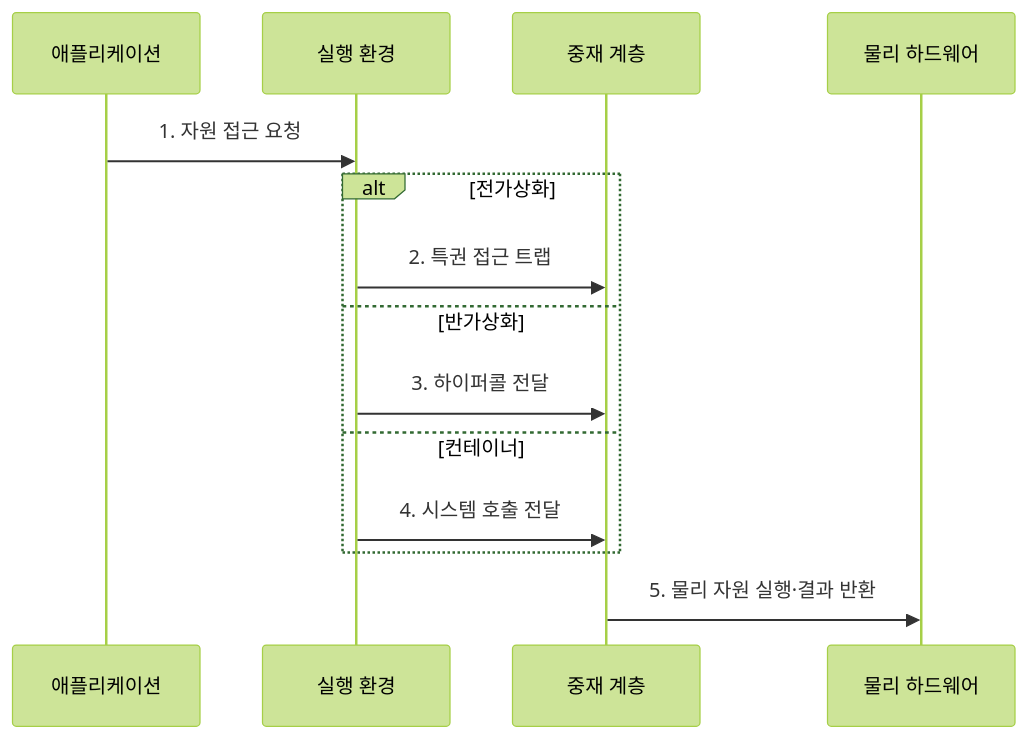
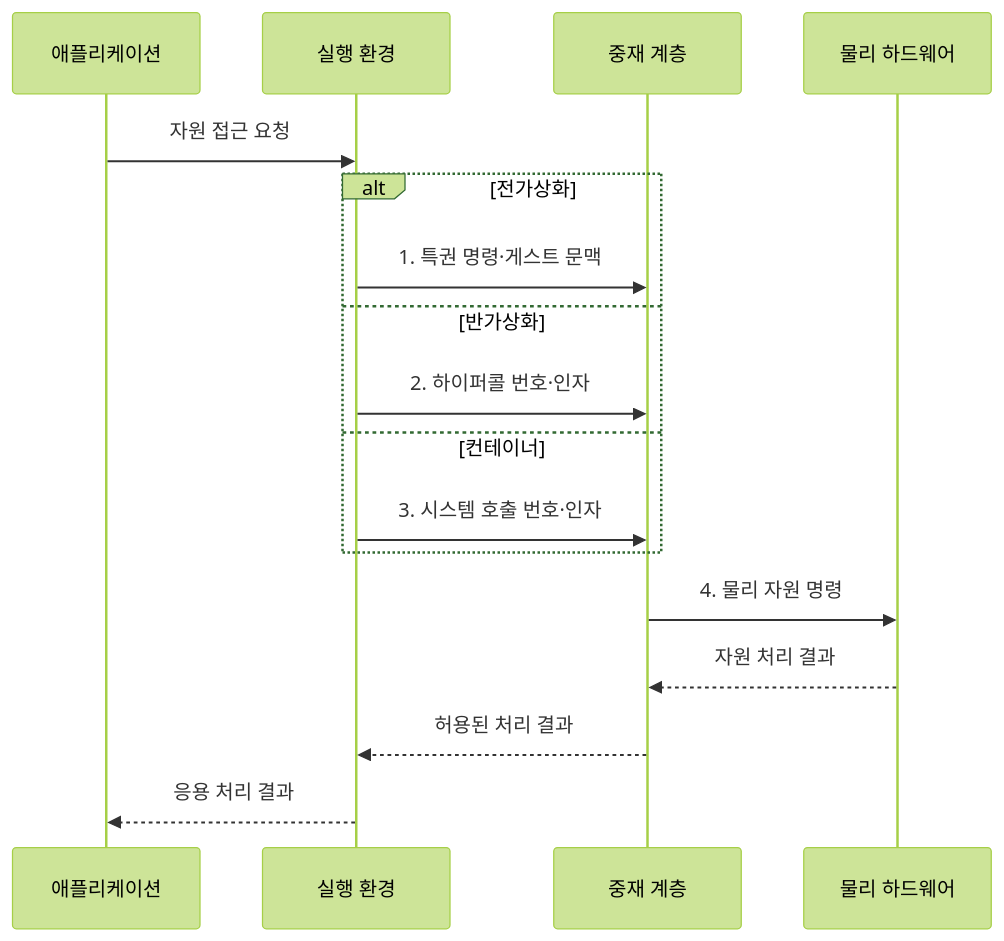
One commit to agnusdei1207/knowledge-base changed the second of 2 diagrams in src/content/docs/notes/03-software/019_full_para_container_virtualization.md. Above: the diagram before and after it, drawn with Mermaid (forest theme). The commit also changed other lines of this file and 20 other files, not shown here.

````diff
--- a/src/content/docs/notes/03-software/019_full_para_container_virtualization.md
+++ b/src/content/docs/notes/03-software/019_full_para_container_virtualization.md
@@ -89,16 +97,19 @@
 ```mermaid
 sequenceDiagram
     participant A as 애플리케이션
     participant E as 실행 환경
     participant R as 중재 계층
     participant H as 물리 하드웨어
-    A->>E: 1. 자원 접근 요청
+    A->>E: 자원 접근 요청
     alt 전가상화
-        E->>R: 2. 특권 접근 트랩
+        E->>R: 1. 특권 명령·게스트 문맥
     else 반가상화
-        E->>R: 3. 하이퍼콜 전달
+        E->>R: 2. 하이퍼콜 번호·인자
     else 컨테이너
-        E->>R: 4. 시스템 호출 전달
+        E->>R: 3. 시스템 호출 번호·인자
     end
-    R->>H: 5. 물리 자원 실행·결과 반환
+    R->>H: 4. 물리 자원 명령
+    H-->>R: 자원 처리 결과
+    R-->>E: 허용된 처리 결과
+    E-->>A: 응용 처리 결과
 ```
````
